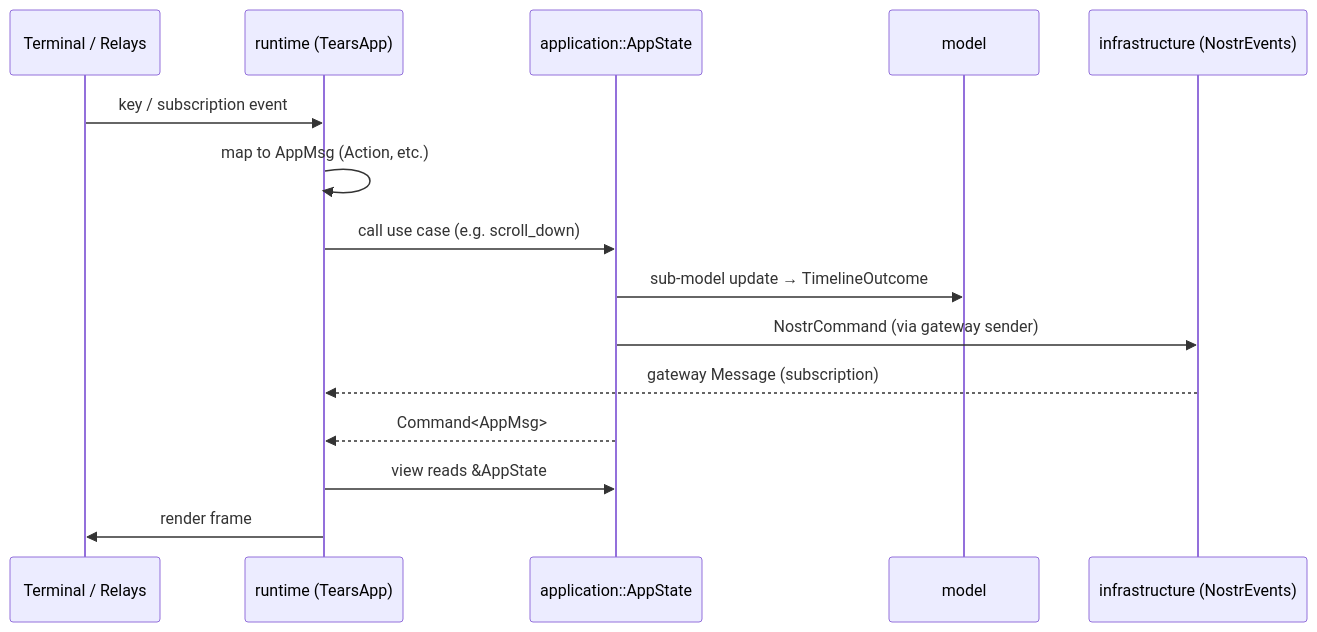
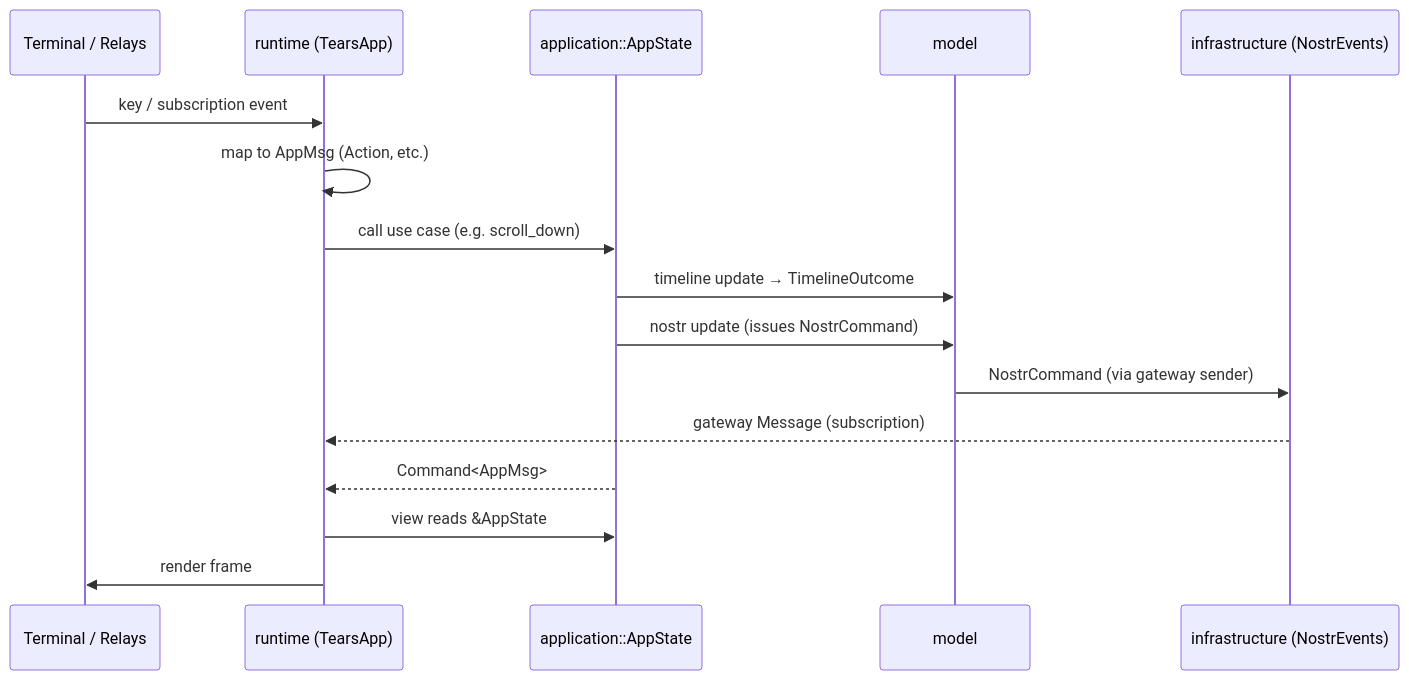
One commit to akiomik/nostui changed the third of 3 diagrams in docs/architecture.md. Above: the diagram before and after it, drawn with Mermaid. The commit also changed other lines of this file, not shown here.

````diff
--- a/docs/architecture.md
+++ b/docs/architecture.md
@@ -272,18 +282,19 @@
 ```mermaid
 sequenceDiagram
     participant Ext as Terminal / Relays
     participant RT as runtime (TearsApp)
     participant ST as application::AppState
     participant MD as model
     participant IN as infrastructure (NostrEvents)
 
     Ext->>RT: key / subscription event
     RT->>RT: map to AppMsg (Action, etc.)
     RT->>ST: call use case (e.g. scroll_down)
-    ST->>MD: sub-model update → TimelineOutcome
-    ST->>IN: NostrCommand (via gateway sender)
+    ST->>MD: timeline update → TimelineOutcome
+    ST->>MD: nostr update (issues NostrCommand)
+    MD->>IN: NostrCommand (via gateway sender)
     IN-->>RT: gateway Message (subscription)
     ST-->>RT: Command<AppMsg>
     RT->>ST: view reads &AppState
     RT->>Ext: render frame
 ```
````
